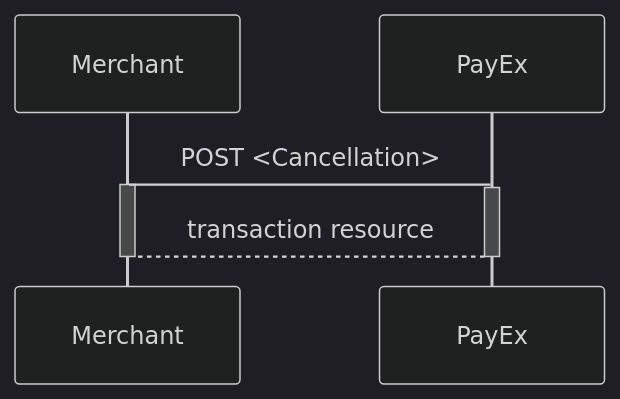
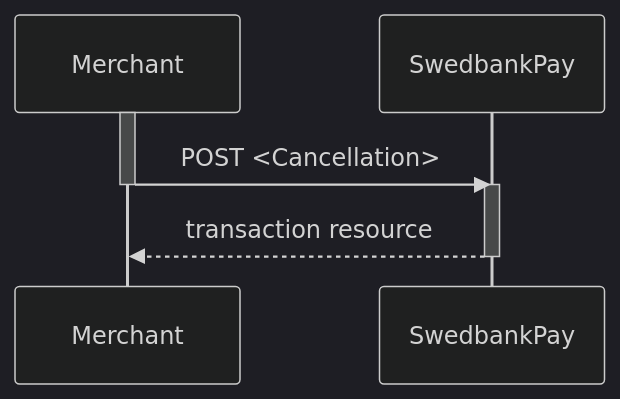
The third of 4 diagrams in _includes/payment-link.md (SwedbankPay/developer.swedbankpay.com), drawn with Mermaid (dark theme) before and after one commit. The commit also changed other lines of this file and 6 other files, not shown here.

Commit message:
DX-413 fixed tables, added links and fixed diagrams

````diff
--- a/_includes/payment-link.md
+++ b/_includes/payment-link.md
@@ -227,9 +227,7 @@
 ```mermaid
 sequenceDiagram
-Merchant->PayEx: POST <Cancellation>
 activate Merchant
-activate PayEx
-PayEx-->Merchant: transaction resource
-deactivate PayEx
-deactivate Merchant
+Merchant->>-SwedbankPay: POST <Cancellation>
+activate SwedbankPay
+SwedbankPay-->>-Merchant: transaction resource
 ```
````
